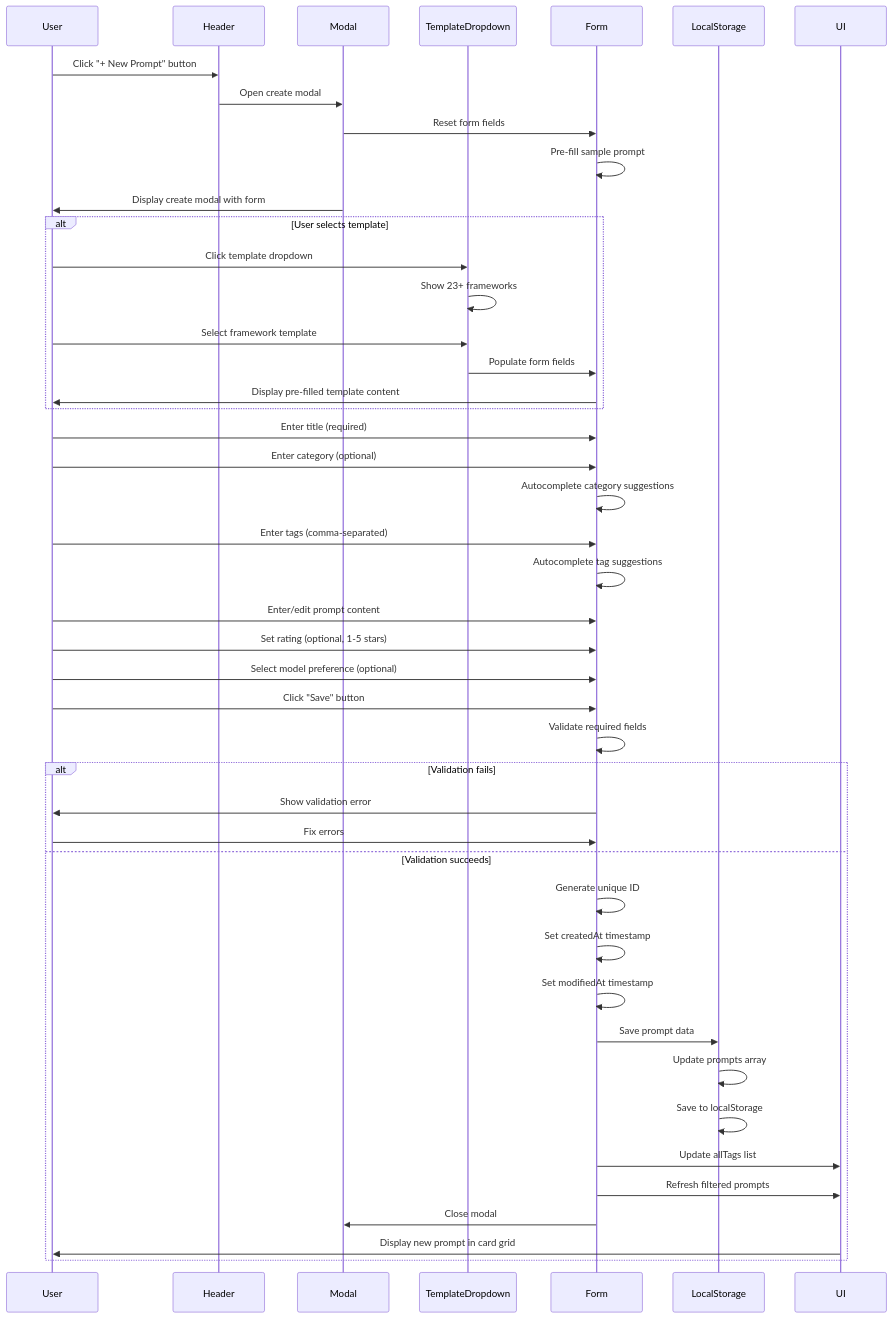
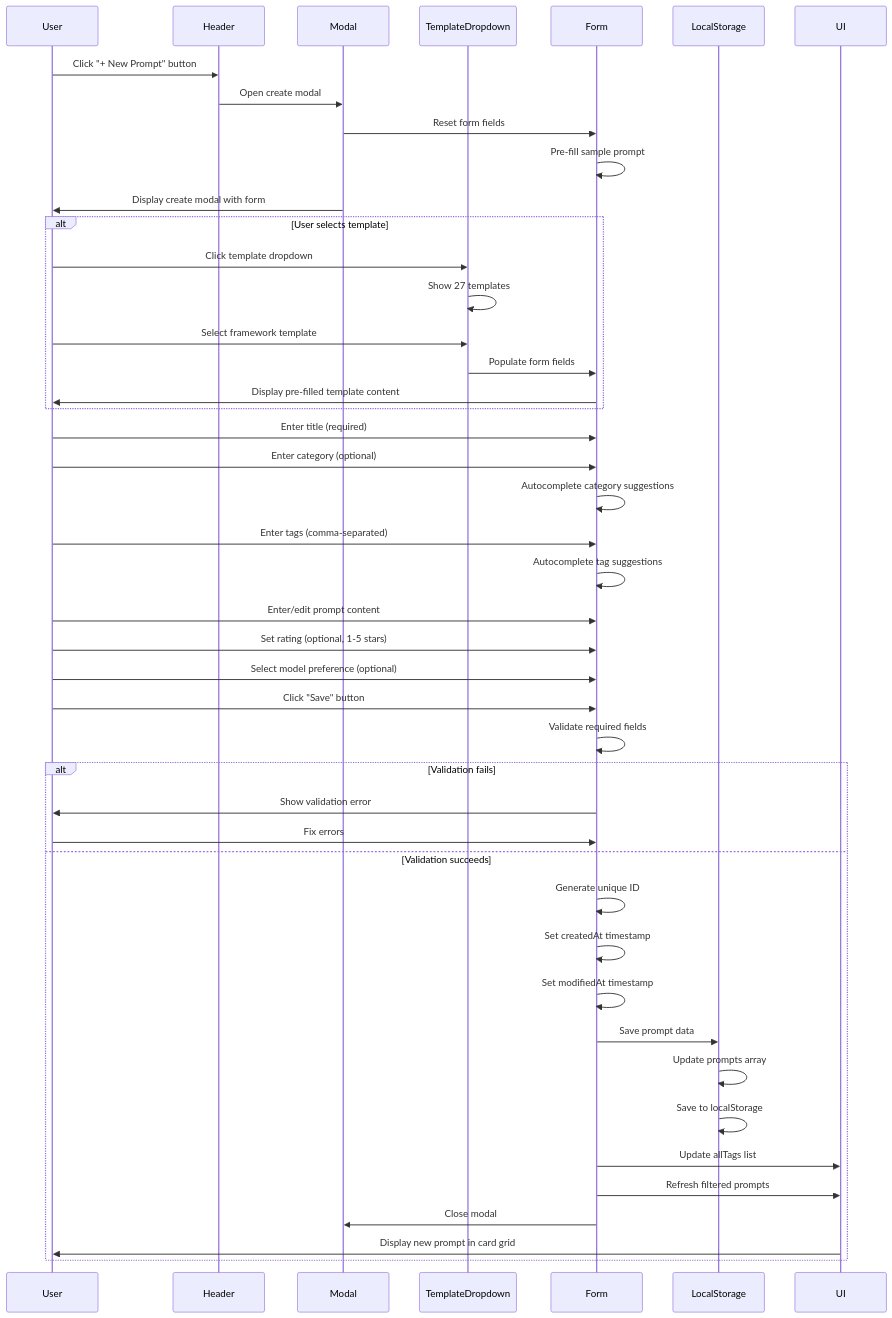
The first of 6 diagrams in docs/UX/08_Sequence_Diagrams.md (martinfou/prompt-vault), drawn with Mermaid before and after one commit. The commit also changed other lines of this file and 11 other files, not shown here.

````diff
--- a/docs/UX/08_Sequence_Diagrams.md
+++ b/docs/UX/08_Sequence_Diagrams.md
@@ -14,52 +14,52 @@
 ```mermaid
 sequenceDiagram
     participant User
     participant Header
     participant Modal
     participant TemplateDropdown
     participant Form
     participant LocalStorage
     participant UI
 
     User->>Header: Click "+ New Prompt" button
     Header->>Modal: Open create modal
     Modal->>Form: Reset form fields
     Form->>Form: Pre-fill sample prompt
     Modal->>User: Display create modal with form
     
     alt User selects template
         User->>TemplateDropdown: Click template dropdown
-        TemplateDropdown->>TemplateDropdown: Show 23+ frameworks
+        TemplateDropdown->>TemplateDropdown: Show 27 templates
         User->>TemplateDropdown: Select framework template
         TemplateDropdown->>Form: Populate form fields
         Form->>User: Display pre-filled template content
     end
     
     User->>Form: Enter title (required)
     User->>Form: Enter category (optional)
     Form->>Form: Autocomplete category suggestions
     User->>Form: Enter tags (comma-separated)
     Form->>Form: Autocomplete tag suggestions
     User->>Form: Enter/edit prompt content
     User->>Form: Set rating (optional, 1-5 stars)
     User->>Form: Select model preference (optional)
     
     User->>Form: Click "Save" button
     Form->>Form: Validate required fields
     
     alt Validation fails
         Form->>User: Show validation error
         User->>Form: Fix errors
     else Validation succeeds
         Form->>Form: Generate unique ID
         Form->>Form: Set createdAt timestamp
         Form->>Form: Set modifiedAt timestamp
         Form->>LocalStorage: Save prompt data
         LocalStorage->>LocalStorage: Update prompts array
         LocalStorage->>LocalStorage: Save to localStorage
         Form->>UI: Update allTags list
         Form->>UI: Refresh filtered prompts
         Form->>Modal: Close modal
         UI->>User: Display new prompt in card grid
     end
 ```
````
